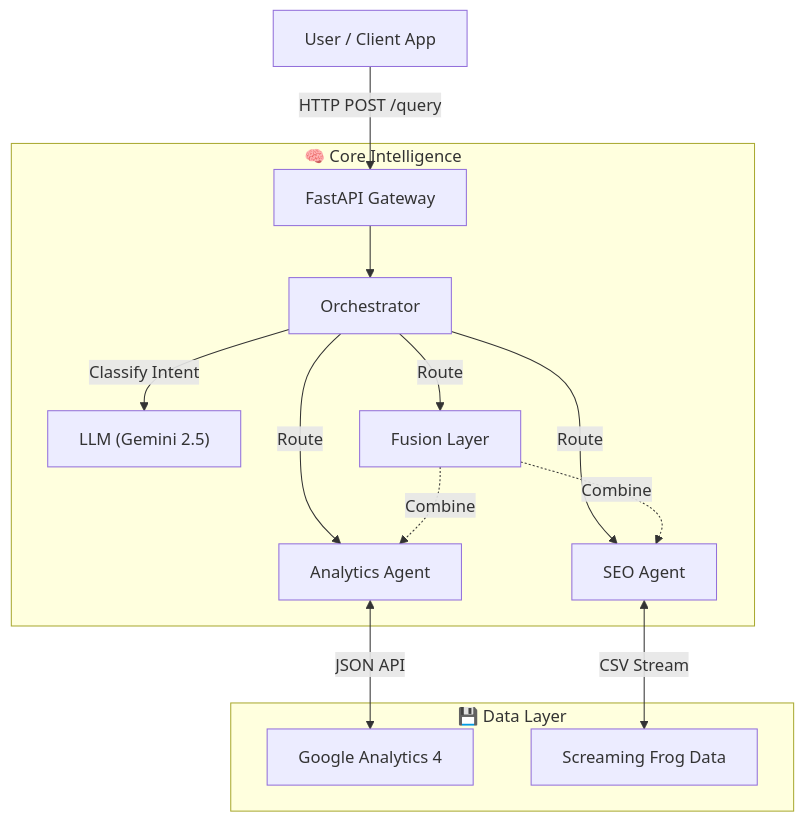
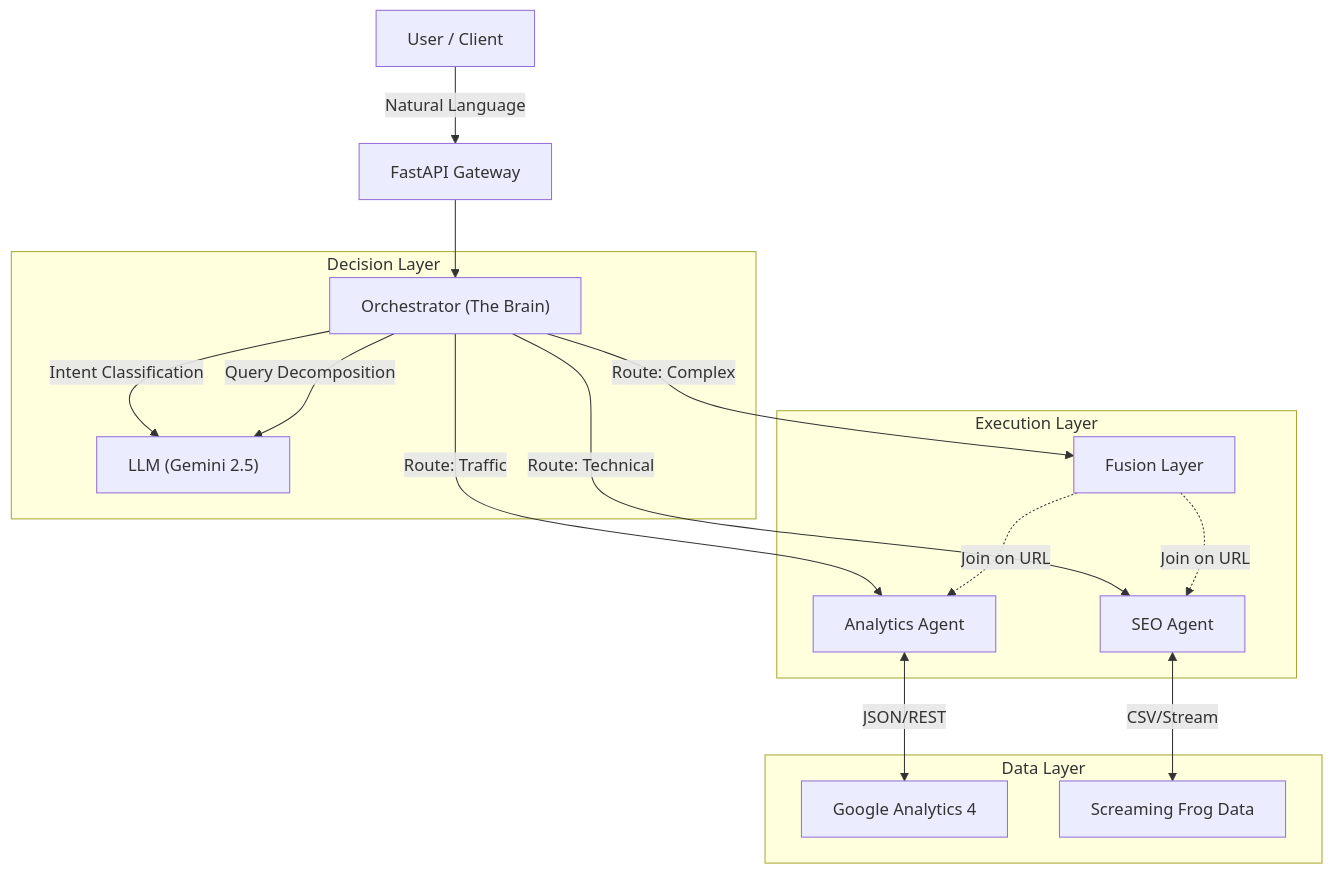
One commit to kurlepurajesh/spike-ai-analytics-seo-agent changed the first of 2 diagrams in TECHNICAL_DOCUMENTATION.md. Above: the diagram before and after it, drawn with Mermaid. The commit also changed other lines of this file, not shown here.

Commit message:
Expand technical documentation into a whitepaper

````diff
--- a/TECHNICAL_DOCUMENTATION.md
+++ b/TECHNICAL_DOCUMENTATION.md
@@ -25,21 +22,24 @@
 ```mermaid
 graph TD
-    Client["User / Client App"] -->|HTTP POST /query| API["FastAPI Gateway"]
+    User["User / Client"] -->|Natural Language| API["FastAPI Gateway"]
+    API --> Orch["Orchestrator (The Brain)"]
     
-    subgraph "🧠 Core Intelligence"
-        API --> Orch["Orchestrator"]
-        Orch -->|Classify Intent| LLM["LLM (Gemini 2.5)"]
-        
-        Orch -->|Route| AA["Analytics Agent"]
-        Orch -->|Route| SA["SEO Agent"]
-        Orch -->|Route| FL["Fusion Layer"]
+    subgraph "Decision Layer"
+        Orch -->|Intent Classification| LLM["LLM (Gemini 2.5)"]
+        Orch -->|Query Decomposition| LLM
     end
     
-    subgraph "💾 Data Layer"
-        AA <-->|JSON API| GA4["Google Analytics 4"]
-        SA <-->|CSV Stream| GSheets["Screaming Frog Data"]
+    subgraph "Execution Layer"
+        Orch -->|Route: Traffic| AA["Analytics Agent"]
+        Orch -->|Route: Technical| SA["SEO Agent"]
+        Orch -->|Route: Complex| FL["Fusion Layer"]
     end
     
-    FL -.->|Combine| AA
-    FL -.->|Combine| SA
+    subgraph "Data Layer"
+        AA <-->|JSON/REST| GA4["Google Analytics 4"]
+        SA <-->|CSV/Stream| GSheets["Screaming Frog Data"]
+    end
+    
+    FL -.->|Join on URL| AA
+    FL -.->|Join on URL| SA
 ```
````
